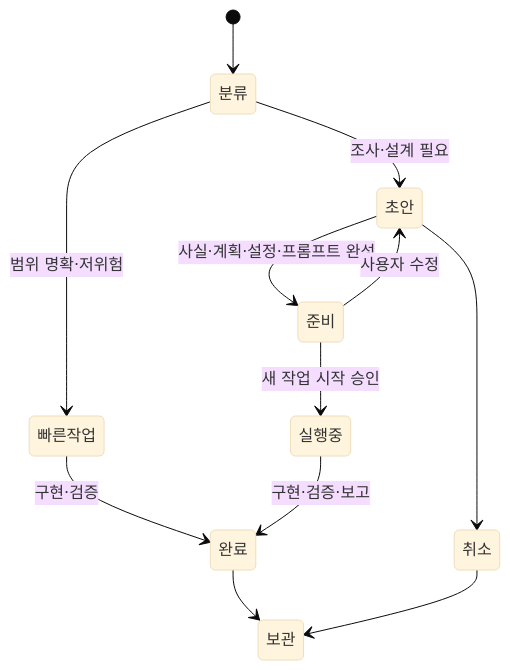
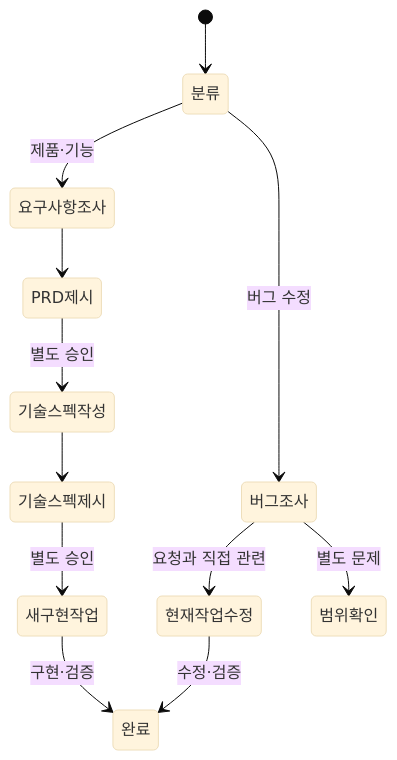
Before and after one commit to j-token/j-token-codex-workflow-kit: the diagram in workflow-plugin-design.md, drawn with Mermaid (base theme). The commit also changed other lines of this file and 17 other files, not shown here.

Commit message:
feat: 워크플로우 승인 경계 재구성

````diff
--- a/workflow-plugin-design.md
+++ b/workflow-plugin-design.md
@@ -18,14 +18,14 @@
 ```mermaid
 stateDiagram-v2
     [*] --> 분류
-    분류 --> 빠른작업: 범위 명확·저위험
-    분류 --> 초안: 조사·설계 필요
-    빠른작업 --> 완료: 구현·검증
-    초안 --> 준비: 사실·계획·설정·프롬프트 완성
-    준비 --> 초안: 사용자 수정
-    준비 --> 실행중: 새 작업 시작 승인
-    실행중 --> 완료: 구현·검증·보고
-    완료 --> 보관
-    초안 --> 취소
-    취소 --> 보관
+    분류 --> 요구사항조사: 제품·기능
+    요구사항조사 --> PRD제시
+    PRD제시 --> 기술스펙작성: 별도 승인
+    기술스펙작성 --> 기술스펙제시
+    기술스펙제시 --> 새구현작업: 별도 승인
+    새구현작업 --> 완료: 구현·검증
+    분류 --> 버그조사: 버그 수정
+    버그조사 --> 현재작업수정: 요청과 직접 관련
+    버그조사 --> 범위확인: 별도 문제
+    현재작업수정 --> 완료: 수정·검증
 ```
````
